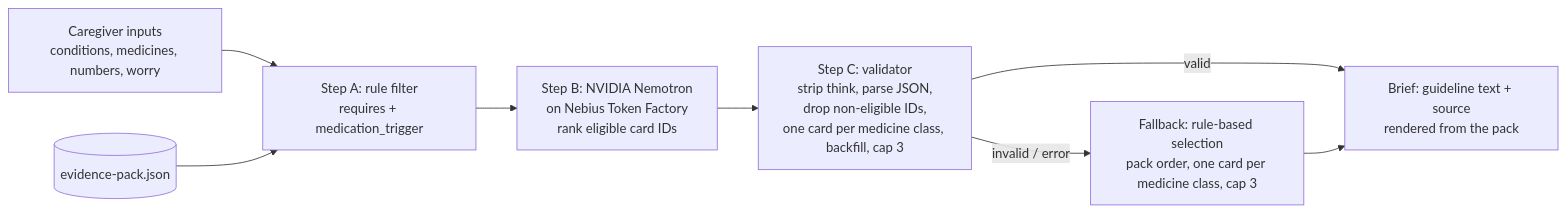
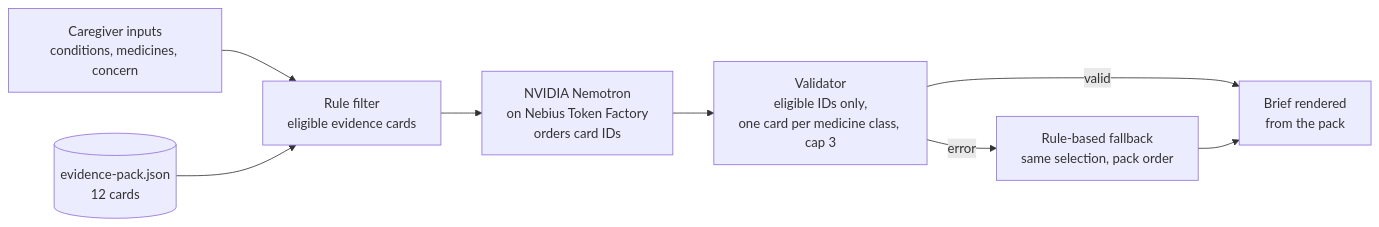
The diagram in README.md (saebchicago/navigateconditionmap), drawn with Mermaid before and after one commit. The commit also changed other lines of this file and 5 other files, not shown here.

````diff
--- a/README.md
+++ b/README.md
@@ -13,10 +13,10 @@
 ```mermaid
 flowchart LR
-  A[Caregiver inputs<br/>conditions, medicines, numbers, worry] --> B[Step A: rule filter<br/>requires + medication_trigger]
-  P[(evidence-pack.json)] --> B
-  B --> C[Step B: NVIDIA Nemotron<br/>on Nebius Token Factory<br/>rank eligible card IDs]
-  C --> D[Step C: validator<br/>strip think, parse JSON,<br/>drop non-eligible IDs,<br/>one card per medicine class, backfill, cap 3]
-  D -->|valid| E[Brief: guideline text + source<br/>rendered from the pack]
-  D -->|invalid / error| F[Fallback: rule-based selection<br/>pack order, one card per medicine class, cap 3]
+  A[Caregiver inputs<br/>conditions, medicines, concern] --> B[Rule filter<br/>eligible evidence cards]
+  P[(evidence-pack.json<br/>12 cards)] --> B
+  B --> C[NVIDIA Nemotron<br/>on Nebius Token Factory<br/>orders card IDs]
+  C --> D[Validator<br/>eligible IDs only,<br/>one card per medicine class, cap 3]
+  D -->|valid| E[Brief rendered<br/>from the pack]
+  D -->|error| F[Rule-based fallback<br/>same selection, pack order]
   F --> E
 ```
````
